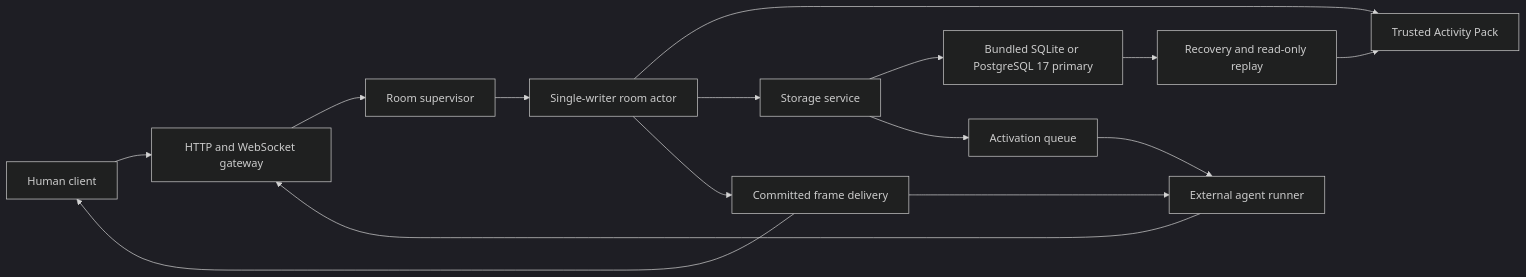
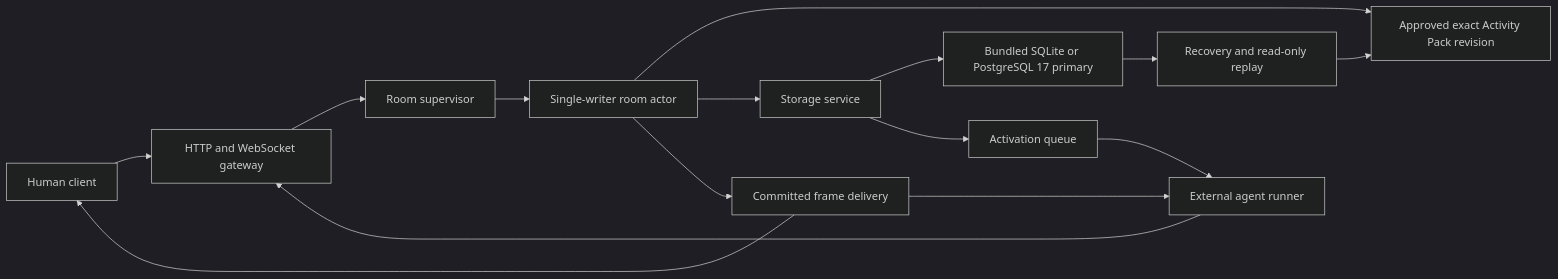
One commit to imom39a/worldstream changed the first of 3 diagrams in docs/architecture.md. Above: the diagram before and after it, drawn with Mermaid (dark theme). The commit also changed other lines of this file and 220 other files, not shown here.

First line of the commit message:
feat: build installable Activity Pack ecosystem

```diff
--- a/docs/architecture.md
+++ b/docs/architecture.md
@@ -13,17 +13,17 @@
 ~~~mermaid
 flowchart LR
     HC["Human client"] --> GW["HTTP and WebSocket gateway"]
     AR["External agent runner"] --> GW
     GW --> RS["Room supervisor"]
     RS --> RA["Single-writer room actor"]
-    RA --> AP["Trusted Activity Pack"]
+    RA --> AP["Approved exact Activity Pack revision"]
     RA --> ST["Storage service"]
     ST --> DB["Bundled SQLite or PostgreSQL 17 primary"]
     RA --> DL["Committed frame delivery"]
     DL --> HC
     DL --> AR
     ST --> AC["Activation queue"]
     AC --> AR
     DB --> RP["Recovery and read-only replay"]
     RP --> AP
 ~~~
```
